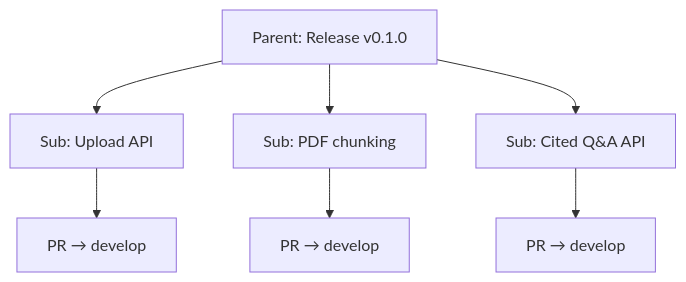
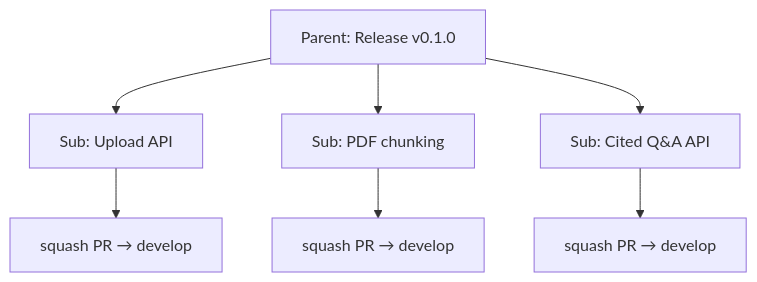
The second of 2 diagrams in docs/planning/issue-pr-workflow.md (Bmsandoval/covered), drawn with Mermaid before and after one commit. The commit also changed other lines of this file and 3 other files, not shown here.

Commit message:
Adopt release-branch workflow: no main, squash to develop

````diff
--- a/docs/planning/issue-pr-workflow.md
+++ b/docs/planning/issue-pr-workflow.md
@@ -31,13 +65,13 @@
 ```mermaid
 flowchart TB
   P["Parent: Release v0.1.0"]
   S1[Sub: Upload API]
   S2[Sub: PDF chunking]
   S3[Sub: Cited Q&A API]
   P --> S1
   P --> S2
   P --> S3
-  S1 --> PR1[PR → develop]
-  S2 --> PR2[PR → develop]
-  S3 --> PR3[PR → develop]
+  S1 --> PR1[squash PR → develop]
+  S2 --> PR2[squash PR → develop]
+  S3 --> PR3[squash PR → develop]
 ```
````
